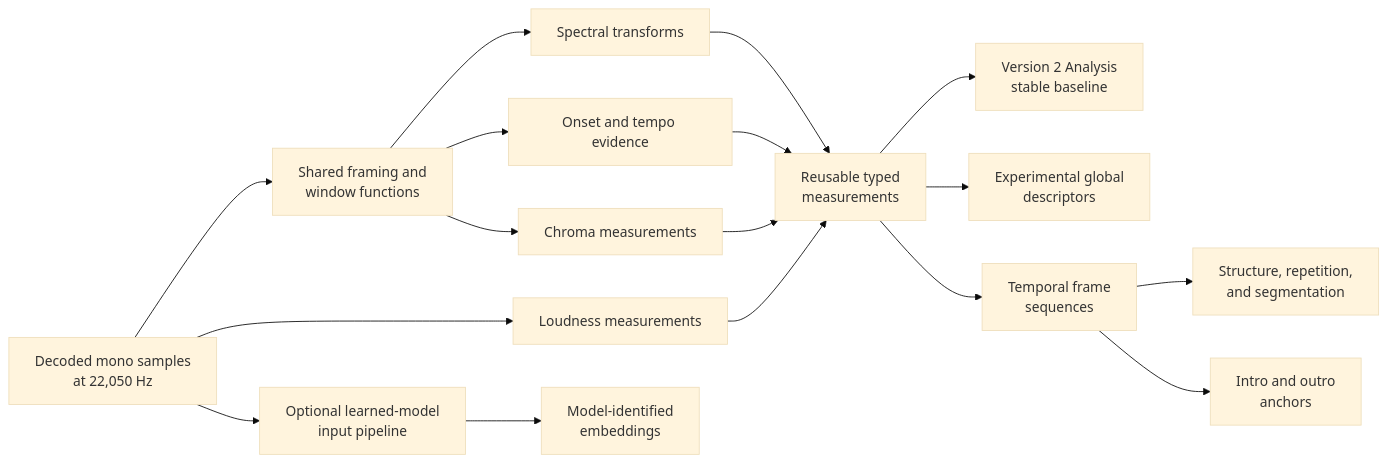
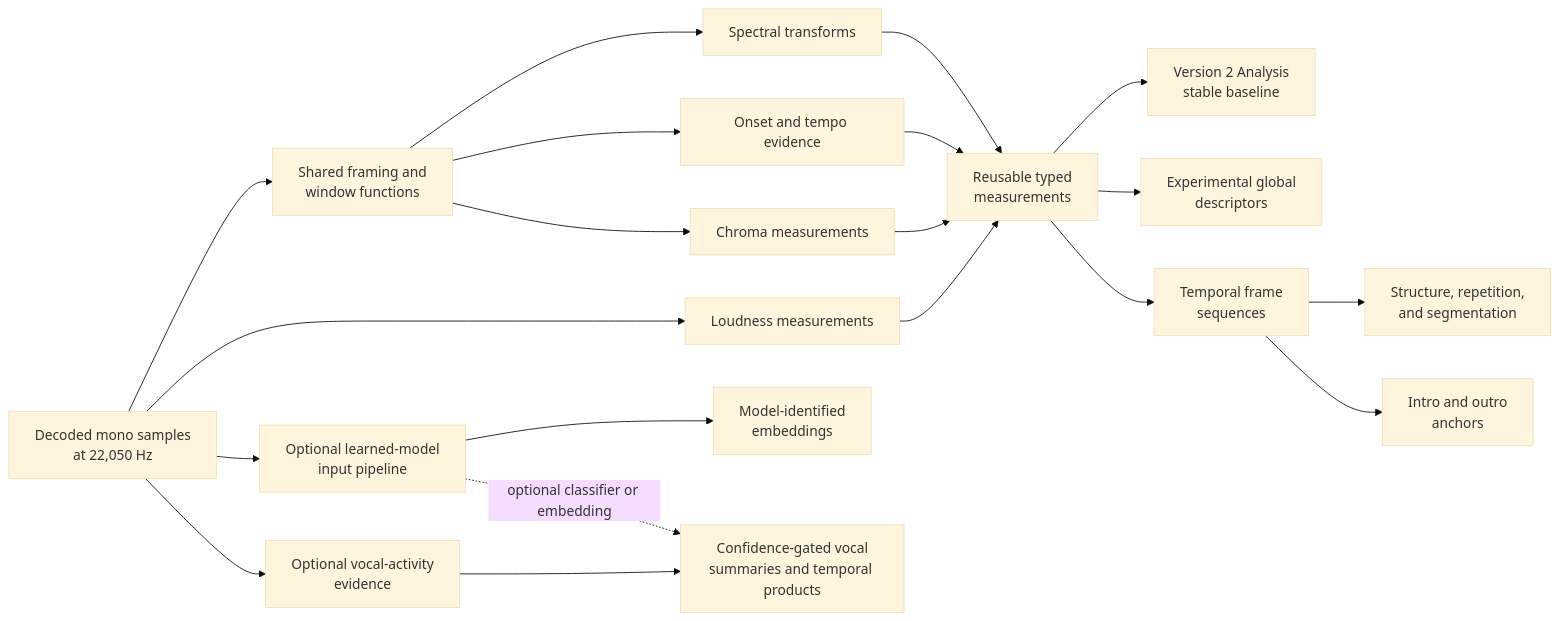
Before and after one commit to chrober/bliss-similarity-design: the diagram in docs/analysis/api-and-pipeline.md, drawn with Mermaid (base theme). The commit also changed other lines of this file and 8 other files, not shown here.

````diff
--- a/docs/analysis/api-and-pipeline.md
+++ b/docs/analysis/api-and-pipeline.md
@@ -109,24 +109,28 @@
 ```mermaid
 flowchart LR
     S[Decoded mono samples<br/>at 22,050 Hz] --> F[Shared framing and<br/>window functions]
 
     F --> SP[Spectral transforms]
     F --> ON[Onset and tempo evidence]
     S --> LO[Loudness measurements]
     F --> CH[Chroma measurements]
 
     SP --> M[Reusable typed<br/>measurements]
     ON --> M
     LO --> M
     CH --> M
 
     M --> BASE[Version 2 Analysis<br/>stable baseline]
     M --> GLOBAL[Experimental global<br/>descriptors]
     M --> FRAMES[Temporal frame<br/>sequences]
 
     FRAMES --> STRUCT[Structure, repetition,<br/>and segmentation]
     FRAMES --> ANCHOR[Intro and outro<br/>anchors]
 
     S --> MODEL[Optional learned-model<br/>input pipeline]
     MODEL --> EMBED[Model-identified<br/>embeddings]
+
+    S --> VDET[Optional vocal-activity<br/>evidence]
+    VDET --> VOCAL[Confidence-gated vocal<br/>summaries and temporal products]
+    MODEL -. optional classifier or embedding .-> VOCAL
 ```
````
